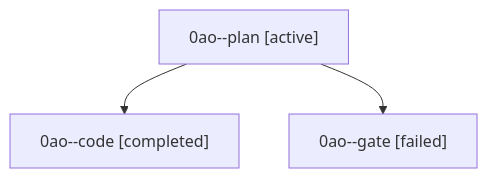
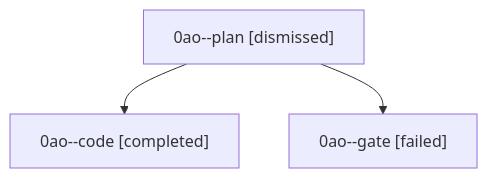
The diagram in sessions/bbugyi200.athena.0ao.md (sase-org/sase--agents), drawn with Mermaid before and after one commit. The commit also changed other lines of this file and 42 other files, not shown here.

````diff
--- a/sessions/bbugyi200.athena.0ao.md
+++ b/sessions/bbugyi200.athena.0ao.md
@@ -9,8 +9,8 @@
 ```mermaid
 flowchart TD
-  n0["0ao--plan [active]"]
+  n0["0ao--plan [dismissed]"]
   n1["0ao--code [completed]"]
   n0 --> n1
   n2["0ao--gate [failed]"]
   n0 --> n2
 ```
````
